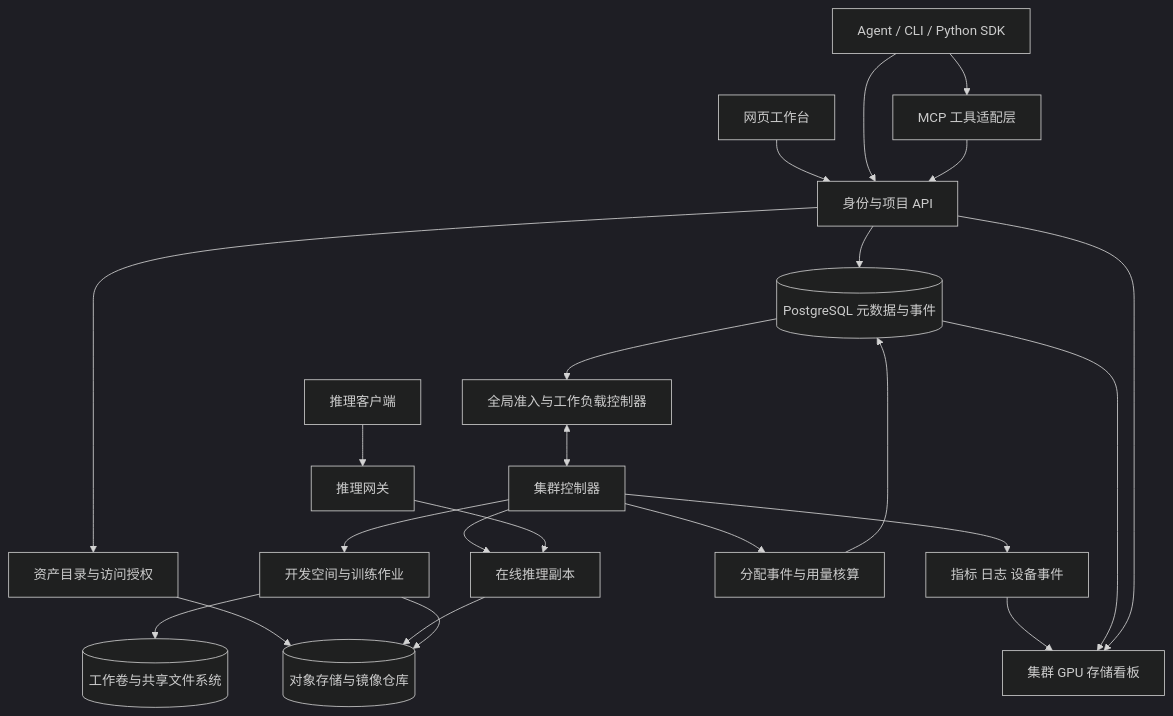
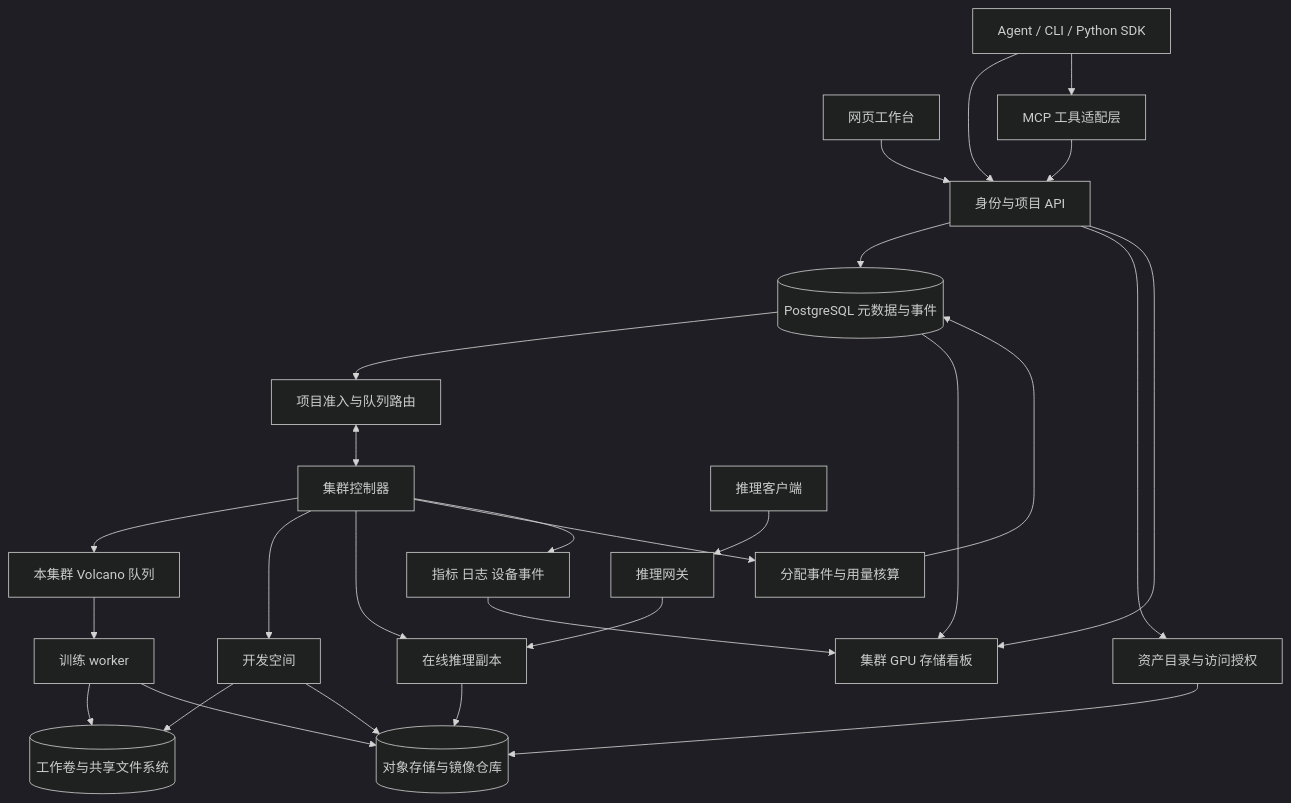
The diagram in 系统架构.md (benyingY/bpai), drawn with Mermaid (dark theme) before and after one commit. The commit also changed other lines of this file and 3 other files, not shown here.

Commit message:
Define Volcano queues, training data access, team cost allocation, and production approvals

````diff
--- a/系统架构.md
+++ b/系统架构.md
@@ -9,25 +9,29 @@
 ```mermaid
 flowchart TB
     UI[网页工作台] --> API[身份与项目 API]
     Agent[Agent / CLI / Python SDK] --> API
     Agent --> MCP[MCP 工具适配层]
     MCP --> API
     API --> DB[(PostgreSQL 元数据与事件)]
     API --> Assets[资产目录与访问授权]
     Assets --> Store[(对象存储与镜像仓库)]
-    DB --> Control[全局准入与工作负载控制器]
+    DB --> Control[项目准入与队列路由]
     Control <--> Cluster[集群控制器]
-    Cluster --> Compute[开发空间与训练作业]
+    Cluster --> Volcano[本集群 Volcano 队列]
+    Volcano --> Training[训练 worker]
+    Cluster --> Compute[开发空间]
+    Training --> Volumes
+    Training --> Store
     Cluster --> Serving[在线推理副本]
     Serving --> Store
     Compute --> Volumes[(工作卷与共享文件系统)]
     Compute --> Store
     Traffic[推理客户端] --> Gateway[推理网关]
     Gateway --> Serving
     Cluster --> Usage[分配事件与用量核算]
     Usage --> DB
     Cluster --> Telemetry[指标 日志 设备事件]
     Telemetry --> Views[集群 GPU 存储看板]
     DB --> Views
     API --> Views
 ```
````
